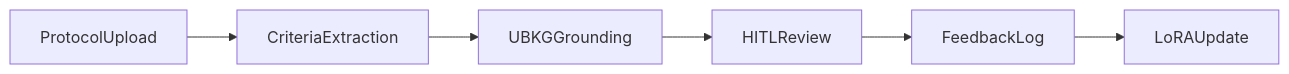
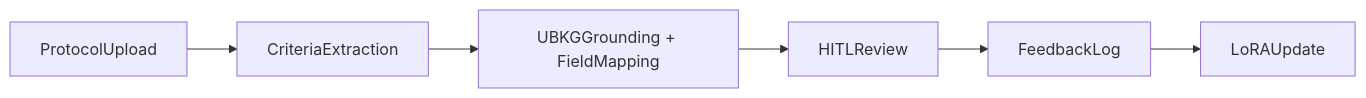
Before and after one commit to ET-NoahDolev/medgemma-hackathon: the diagram in docs/diagrams/hitl-flow.md, drawn with Mermaid. The commit also changed 14 other files, not shown here.

Commit message:
Update documentation across multiple components to include field/relation/value mapping details. Enhanced README files, API specifications, and architectural diagrams to reflect new mapping features and responsibilities, ensuring clarity for the MedGemma hackathon demo.

````diff
--- a/docs/diagrams/hitl-flow.md
+++ b/docs/diagrams/hitl-flow.md
@@ -3,8 +3,8 @@
 ```mermaid
 flowchart LR
   protocol[ProtocolUpload] --> extract[CriteriaExtraction]
-  extract --> ground[UBKGGrounding]
+  extract --> ground[UBKGGrounding + FieldMapping]
   ground --> review[HITLReview]
   review --> feedback[FeedbackLog]
   feedback --> retrain[LoRAUpdate]
 ```
````
